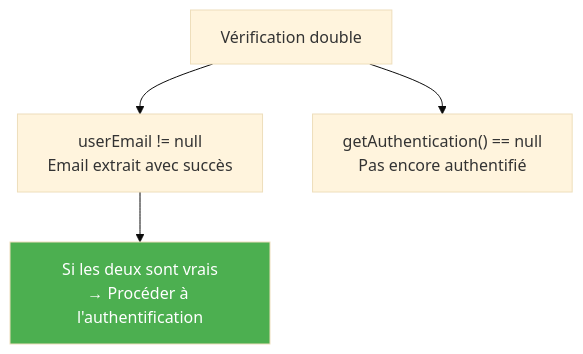
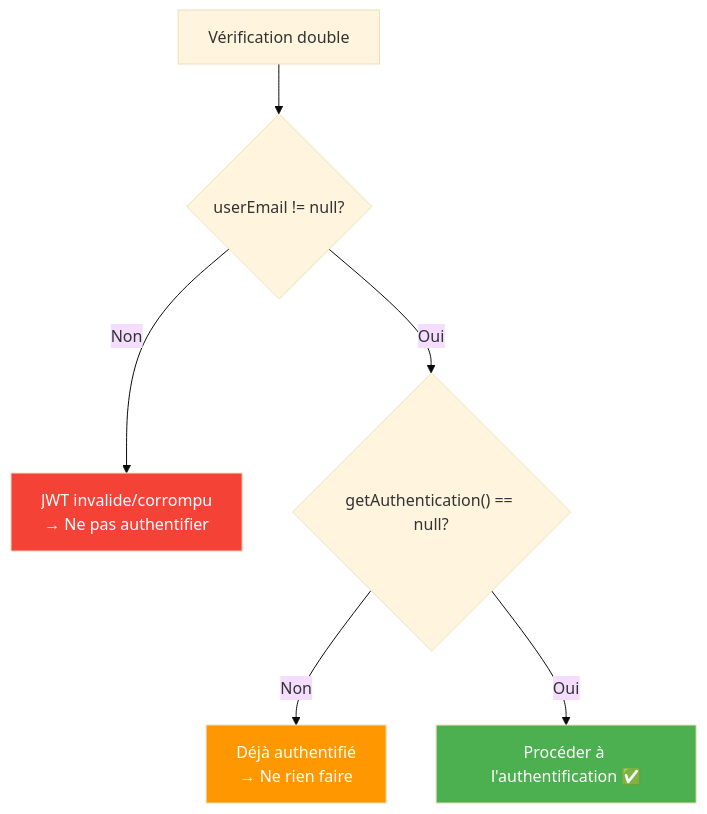
One commit to hrhouma1/inskillflow-docs-formation-spring-boot-projet-e-contact-backend changed the tenth of 20 diagrams in cours/25-exercice-jwtauthfilter.md. Above: the diagram before and after it, drawn with Mermaid (base theme). The commit also changed other lines of this file, not shown here.

````diff
--- a/cours/25-exercice-jwtauthfilter.md
+++ b/cours/25-exercice-jwtauthfilter.md
@@ -380,10 +691,13 @@
 ```mermaid
 graph TB
     A["Vérification double"]
-    A --> B["userEmail != null<br/>Email extrait avec succès"]
-    A --> C["getAuthentication() == null<br/>Pas encore authentifié"]
+    A --> B{"userEmail != null?"}
+    B -->|Non| C["JWT invalide/corrompu<br/>→ Ne pas authentifier"]
+    B -->|Oui| D{"getAuthentication() == null?"}
+    D -->|Non| E["Déjà authentifié<br/>→ Ne rien faire"]
+    D -->|Oui| F["Procéder à l'authentification ✅"]
     
-    B --> D["Si les deux sont vrais<br/>→ Procéder à l'authentification"]
-    
-    style D fill:#4CAF50,color:#fff
+    style C fill:#f44336,color:#fff
+    style E fill:#FF9800,color:#fff
+    style F fill:#4CAF50,color:#fff
 ```
````
